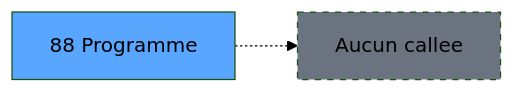
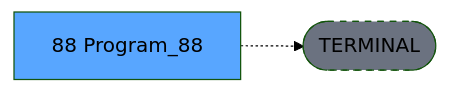
One commit to thonyAGP/lecteur-magic changed the third of 3 diagrams in .openspec/specs/ADH-IDE-88.md. Above: the diagram before and after it, drawn with Mermaid (forest theme). The commit also changed other lines of this file and 701 other files, not shown here.

````diff
--- a/.openspec/specs/ADH-IDE-88.md
+++ b/.openspec/specs/ADH-IDE-88.md
@@ -120,8 +134,8 @@
 ```mermaid
 graph LR
-    T[88 Programme]
-    NONE[Aucun callee]
-    T -.-> NONE
+    T[88 Program_88]
+    TERM([TERMINAL])
+    T -.-> TERM
+    style TERM fill:#6b7280,stroke-dasharray: 5 5
     style T fill:#58a6ff,color:#000
-    style NONE fill:#6b7280,stroke-dasharray: 5 5
 ```
````
